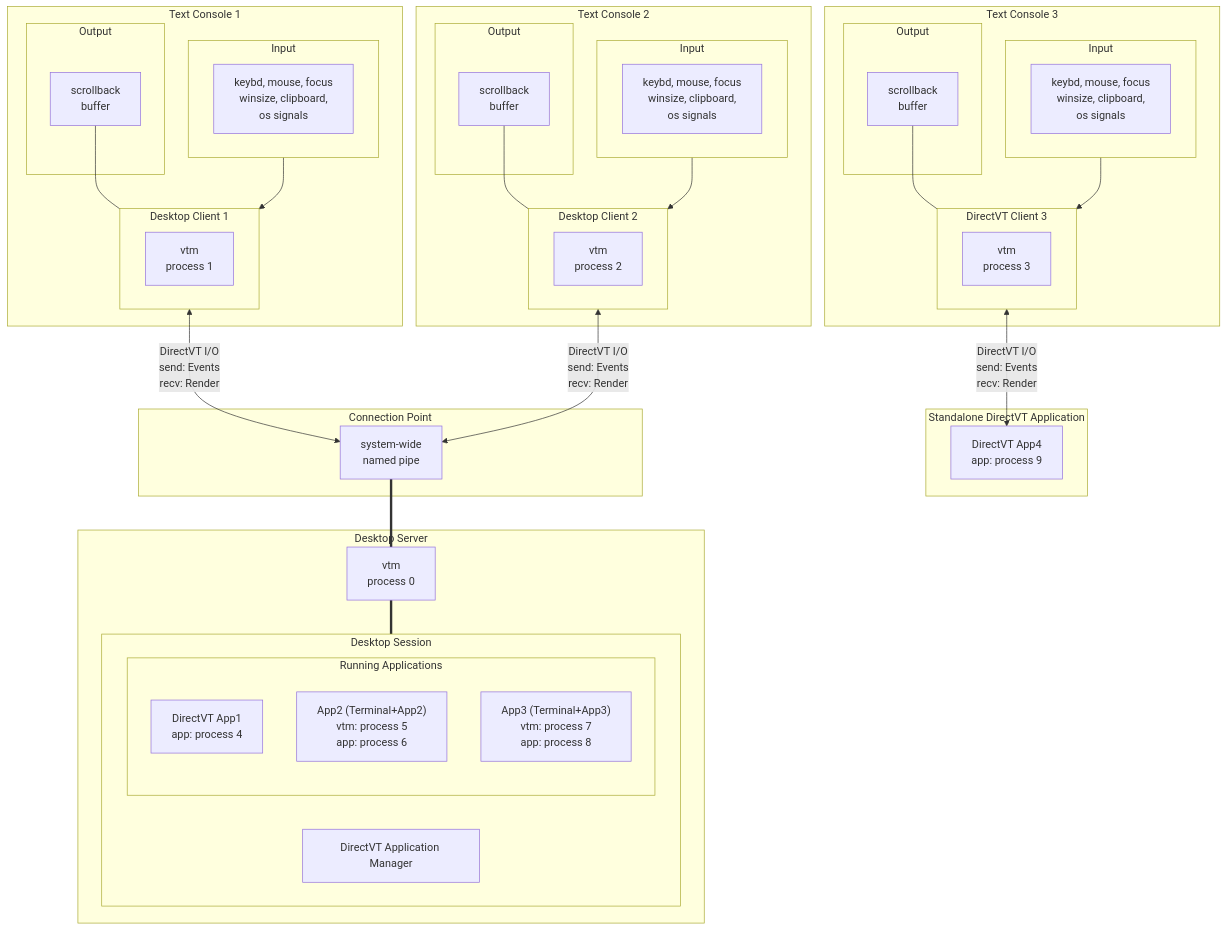
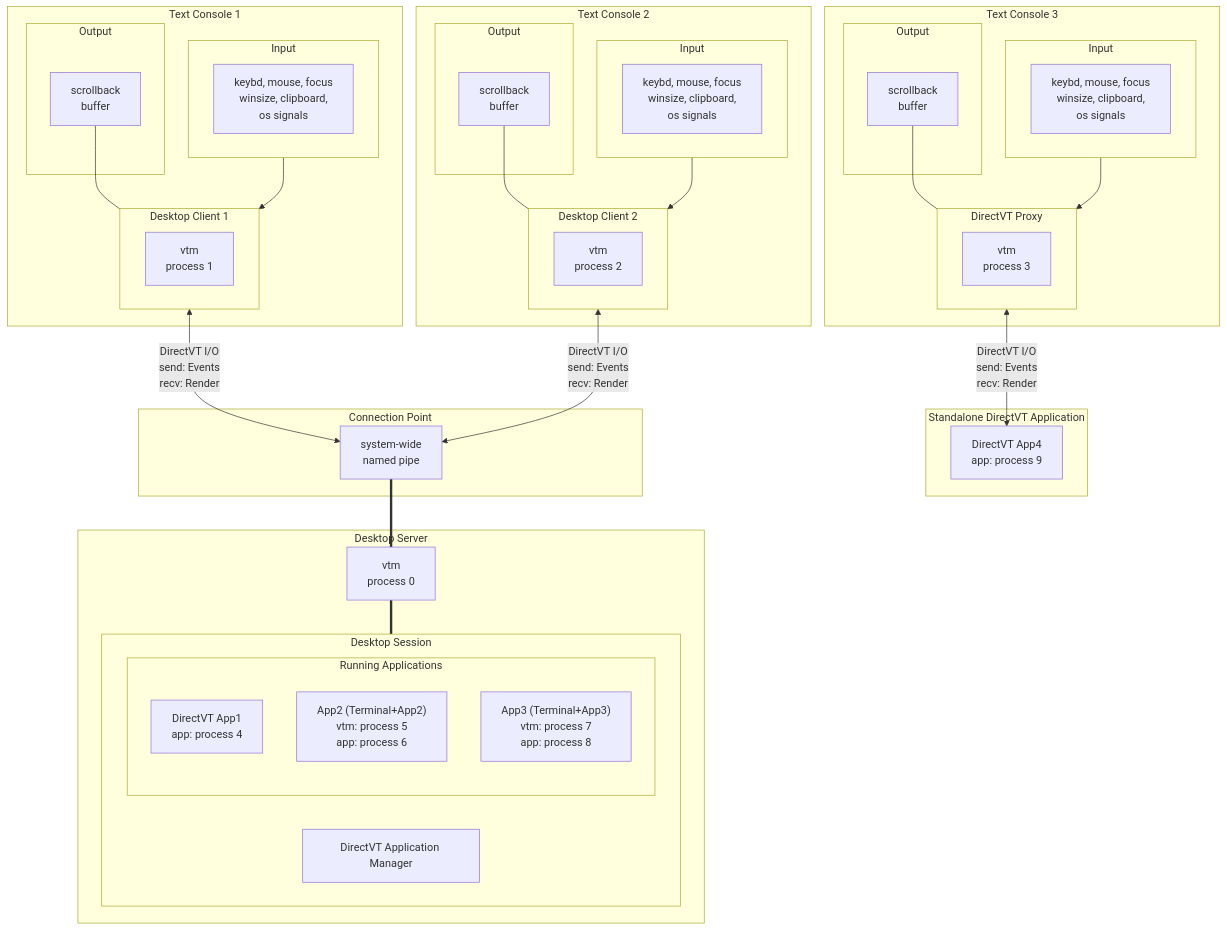
Before and after one commit to directvt/vtm: the diagram in doc/architecture.md, drawn with Mermaid.

````diff
--- a/doc/architecture.md
+++ b/doc/architecture.md
@@ -5,72 +5,72 @@
 ```mermaid
 graph TB
     subgraph IE10[Text Console 1]
         subgraph IE1[Input]
             direction LR
             C1[keybd, mouse, focus\nwinsize, clipboard,\nos signals]
         end
         subgraph OU1[Output]
             TC1[scrollback\nbuffer]
         end
         subgraph CS1[Desktop Client 1]
             VTM1[vtm\nprocess 1]
         end
         C1 --> CS1
         TC1 --- CS1
     end
 
     subgraph IE20[Text Console 2]
         subgraph IE2[Input]
             direction LR
             C2[keybd, mouse, focus\nwinsize, clipboard,\nos signals]
         end
         subgraph OU2[Output]
             TC2[scrollback\nbuffer]
         end
         subgraph CS2[Desktop Client 2]
             VTM2[vtm\nprocess 2]
         end
         C2 --> CS2
         TC2 --- CS2
     end
 
     subgraph IE30[Text Console 3]
         subgraph IE3[Input]
             direction LR
             C3[keybd, mouse, focus\nwinsize, clipboard,\nos signals]
         end
         subgraph OU3[Output]
             TC3[scrollback\nbuffer]
         end
-        subgraph CS3[DirectVT Client 3]
+        subgraph CS3[DirectVT Proxy]
             VTM3[vtm\nprocess 3]
         end
         C3 --> CS3
         TC3 --- CS3
     end
     subgraph APP0x[Standalone DirectVT Application]
         APP01[DirectVT App4\napp: process 9]
     end
     CS3 <-->|DirectVT I/O\nsend: Events\nrecv: Render| APP01
 
     subgraph NP[Connection Point]
         TS["system-wide\nnamed pipe"]
     end
 
     subgraph SS[Desktop Server]
         VTMs[vtm\nprocess 0]
         subgraph SE[Desktop Session]
             DS1["DirectVT Application Manager"]
             subgraph APPx[Running Applications]
                 APP1[DirectVT App1\napp: process 4]
                 APP2["App2 (Terminal+App2)\nvtm: process 5\napp: process 6"]
                 APP3["App3 (Terminal+App3)\nvtm: process 7\napp: process 8"]
             end
         end
         VTMs === SE
    end
 
     CS1 <-->|DirectVT I/O\nsend: Events\nrecv: Render| TS
     CS2 <-->|DirectVT I/O\nsend: Events\nrecv: Render| TS
     TS === VTMs
 ```
````
